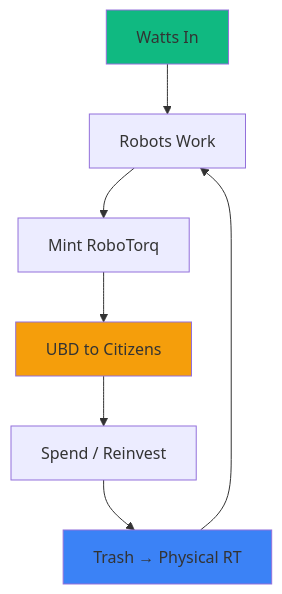
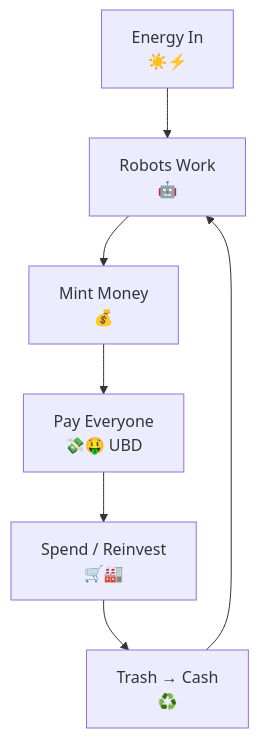
The first of 3 diagrams in design/src/asimov/flow/WattsGreaterThanWallStreet.md (GrokkingGrok/Project-Asimov), drawn with Mermaid before and after one commit. The commit also changed other lines of this file, not shown here.

Commit message:
Refactor flowcharts in WattsGreaterThanWallStreet.md

````diff
--- a/design/src/asimov/flow/WattsGreaterThanWallStreet.md
+++ b/design/src/asimov/flow/WattsGreaterThanWallStreet.md
@@ -179,12 +179,9 @@
 ```mermaid
 graph TD
-    W[Watts In] --> R[Robots Work]
-    R --> M[Mint RoboTorq]
-    M --> U[UBD to Citizens]
-    U --> S[Spend / Reinvest]
-    S --> T[Trash → Physical RT]
-    T --> R
-    style W fill:#10B981
-    style U fill:#f59e0b
-    style T fill:#3b82f6
+    A[Energy In<br>☀️⚡] --> B[Robots Work<br>🤖]
+    B --> C[Mint Money<br>💰]
+    C --> D[Pay Everyone<br>💸🤑 UBD]
+    D --> E[Spend / Reinvest<br>🛒🏭]
+    E --> F[Trash → Cash<br>♻️]
+    F --> B
 ```
````
